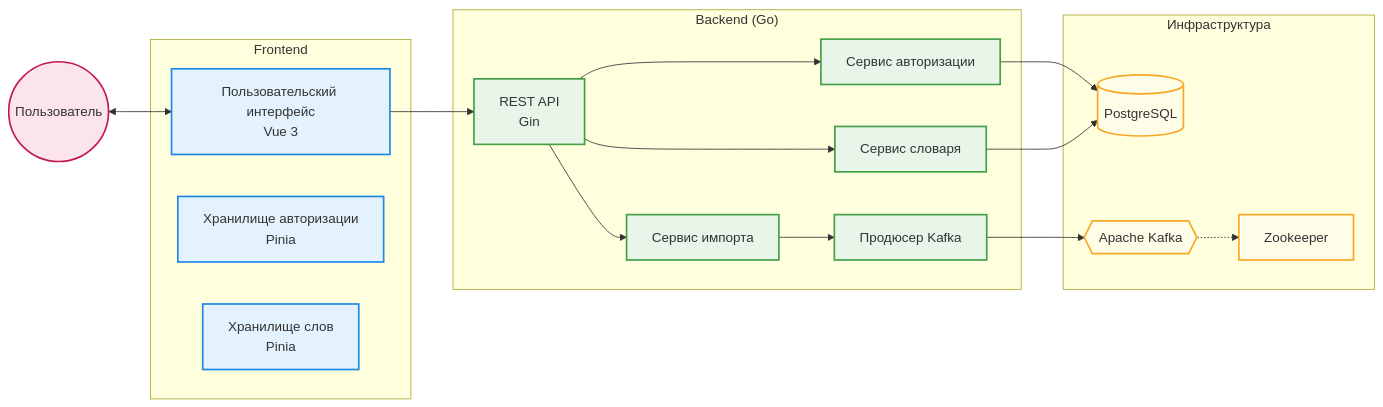
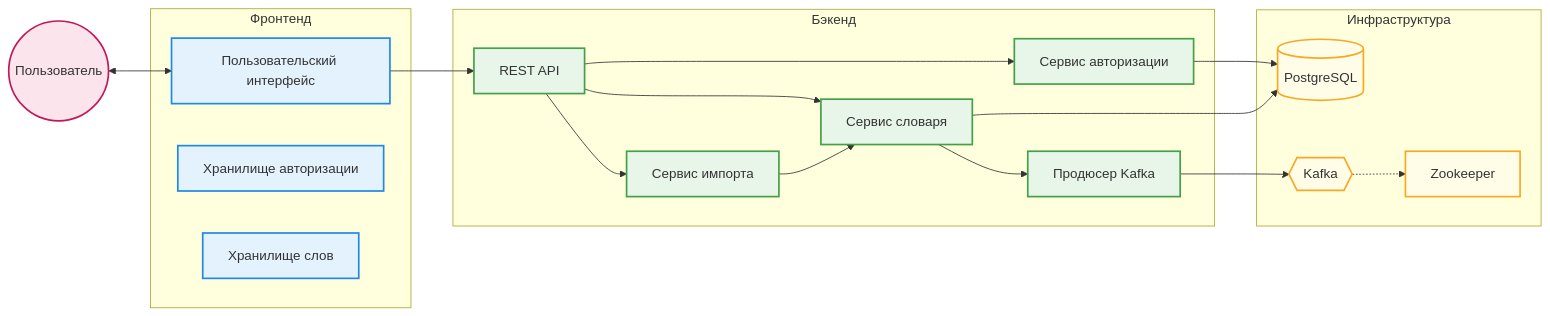
One commit to MindlessMuse666/j-dict changed the first of 2 diagrams in README.md. Above: the diagram before and after it, drawn with Mermaid. The commit also changed other lines of this file and 1 other file, not shown here.

````diff
--- a/README.md
+++ b/README.md
@@ -26,47 +26,48 @@
 ```mermaid
 graph LR
     User((Пользователь))
 
-    subgraph FE["Frontend"]
-        UI["Пользовательский интерфейс<br/>Vue 3"]
-        AuthStore["Хранилище авторизации<br/>Pinia"]
-        WordStore["Хранилище слов<br/>Pinia"]
+    subgraph FE["Фронтенд"]
+        UI["Пользовательский интерфейс"]
+        AuthStore["Хранилище авторизации"]
+        WordStore["Хранилище слов"]
     end
 
-    subgraph BE["Backend (Go)"]
-        API["REST API<br/>Gin"]
+    subgraph BE["Бэкенд"]
+        API["REST API"]
         AuthService["Сервис авторизации"]
         WordService["Сервис словаря"]
         ImportService["Сервис импорта"]
         KafkaProducer["Продюсер Kafka"]
     end
 
     subgraph INF["Инфраструктура"]
         DB[(PostgreSQL)]
-        Kafka{{Apache Kafka}}
+        Kafka{{Kafka}}
         Zookeeper["Zookeeper"]
     end
 
     User <--> UI
     UI --> API
 
     API --> AuthService
     API --> WordService
     API --> ImportService
 
     AuthService --> DB
     WordService --> DB
-    ImportService --> KafkaProducer
+    ImportService --> WordService
+    WordService --> KafkaProducer
     KafkaProducer --> Kafka
     Kafka -.-> Zookeeper
 
     classDef frontend fill:#E3F2FD,stroke:#1E88E5,stroke-width:2px
     classDef backend fill:#E8F5E9,stroke:#43A047,stroke-width:2px
     classDef infra fill:#FFFDE7,stroke:#F9A825,stroke-width:2px
     classDef user fill:#FCE4EC,stroke:#C2185B,stroke-width:2px
 
     class UI,AuthStore,WordStore frontend
     class API,AuthService,WordService,ImportService,KafkaProducer backend
     class DB,Kafka,Zookeeper infra
     class User user
 ```
````
